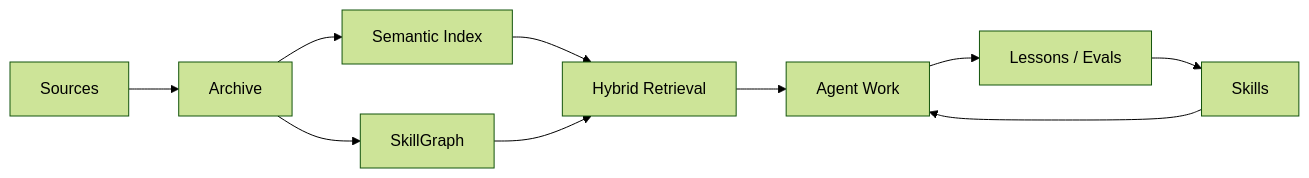
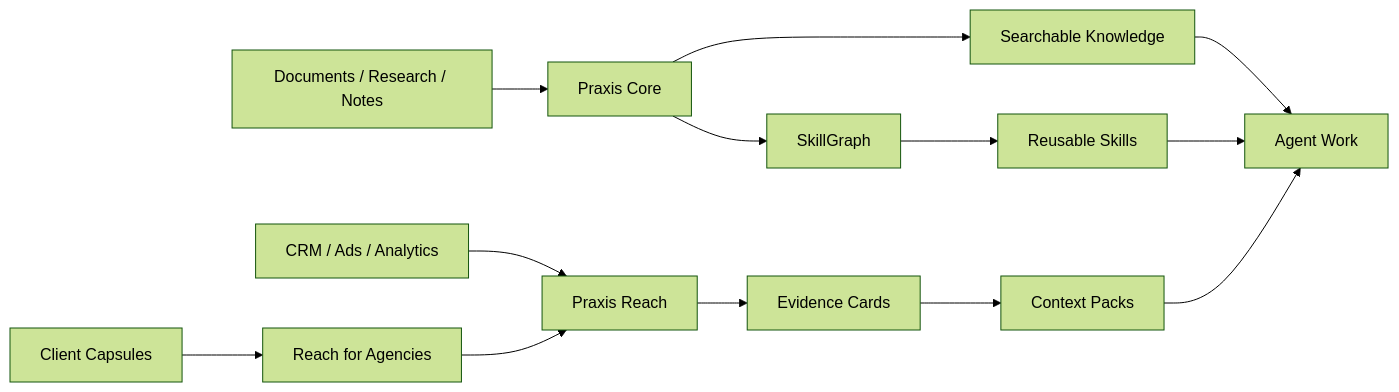
The first of 4 diagrams in README.md (sparkplug604/praxis), drawn with Mermaid (forest theme) before and after one commit. The commit also changed other lines of this file and 63 other files, not shown here.

````diff
--- a/README.md
+++ b/README.md
@@ -65,12 +88,17 @@
 ```mermaid
 flowchart LR
-    A["Sources"] --> B["Archive"]
-    B --> C["Semantic Index"]
+    A["Documents / Research / Notes"] --> B["Praxis Core"]
+    B --> C["Searchable Knowledge"]
     B --> D["SkillGraph"]
-    C --> E["Hybrid Retrieval"]
-    D --> E
-    E --> F["Agent Work"]
-    F --> G["Lessons / Evals"]
-    G --> H["Skills"]
-    H --> F
+    D --> E["Reusable Skills"]
+    C --> F["Agent Work"]
+    E --> F
+
+    G["CRM / Ads / Analytics"] --> H["Praxis Reach"]
+    H --> I["Evidence Cards"]
+    I --> J["Context Packs"]
+    J --> F
+
+    K["Client Capsules"] --> L["Reach for Agencies"]
+    L --> H
 ```
````
